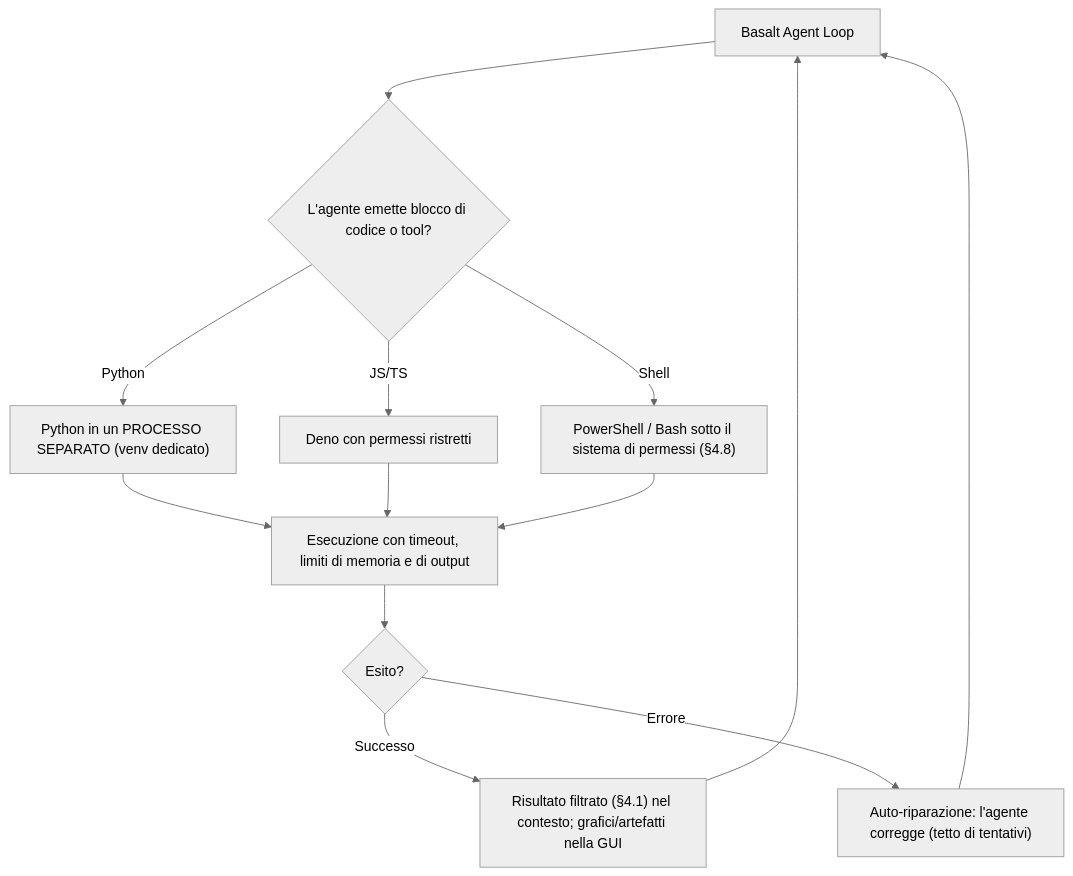
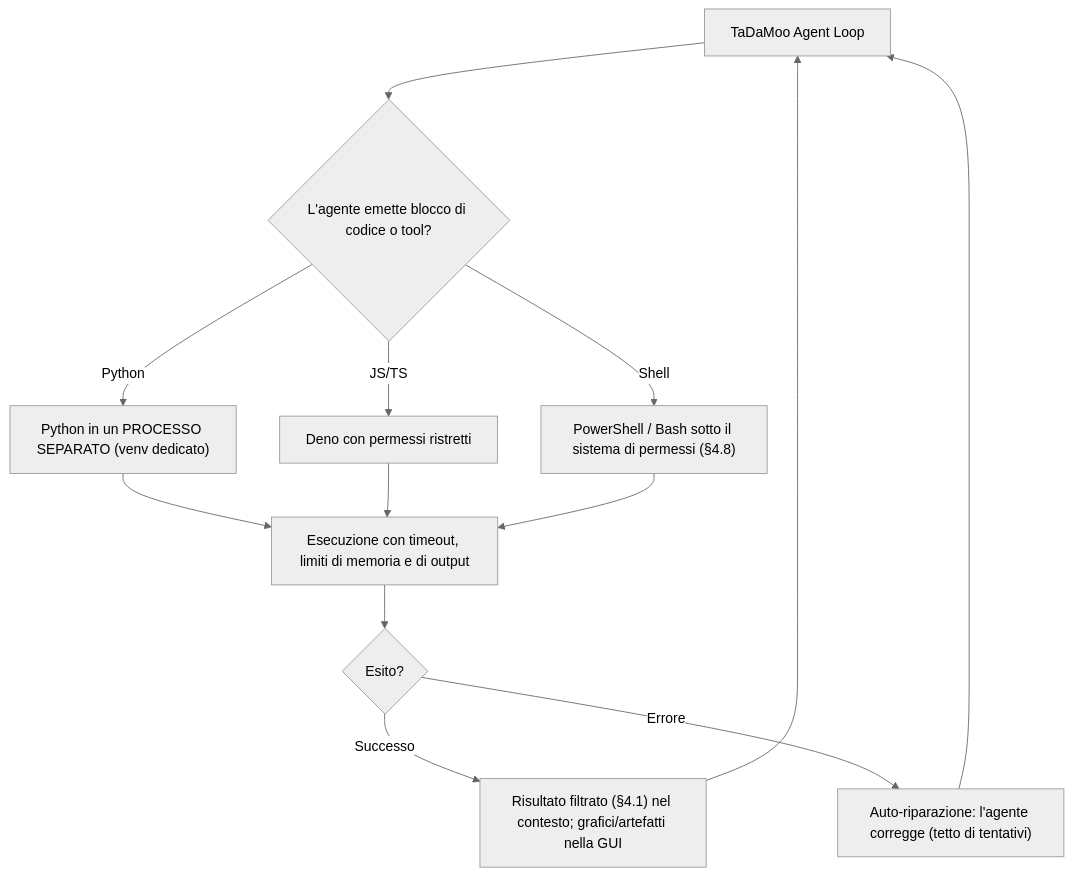
The fifth of 7 diagrams in the_way_to_the_moon.md (nuspy/tadamoo), drawn with Mermaid (neutral theme) before and after one commit. The commit also changed other lines of this file and 163 other files, not shown here.

First line of the commit message:
rename: the product name in prose becomes TaDaMoo and the engine's becomes Basalt-Plus

````diff
--- a/the_way_to_the_moon.md
+++ b/the_way_to_the_moon.md
@@ -787,17 +787,17 @@
 ```mermaid
 flowchart TD
-    Agent["Basalt Agent Loop"] --> Detect{"L'agente emette blocco di codice o tool?"}
+    Agent["TaDaMoo Agent Loop"] --> Detect{"L'agente emette blocco di codice o tool?"}
     Detect -- Python --> PySandbox["Python in un PROCESSO SEPARATO (venv dedicato)"]
     Detect -- JS/TS --> DenoSandbox["Deno con permessi ristretti"]
     Detect -- Shell --> ShellRunner["PowerShell / Bash sotto il sistema di permessi (§4.8)"]
 
     PySandbox --> Exec["Esecuzione con timeout, limiti di memoria e di output"]
     DenoSandbox --> Exec
     ShellRunner --> Exec
 
     Exec --> Res{"Esito?"}
     Res -- Successo --> InjectRes["Risultato filtrato (§4.1) nel contesto; grafici/artefatti nella GUI"]
     Res -- Errore --> AutoFix["Auto-riparazione: l'agente corregge (tetto di tentativi)"]
     InjectRes --> Agent
     AutoFix --> Agent
 ```
````
